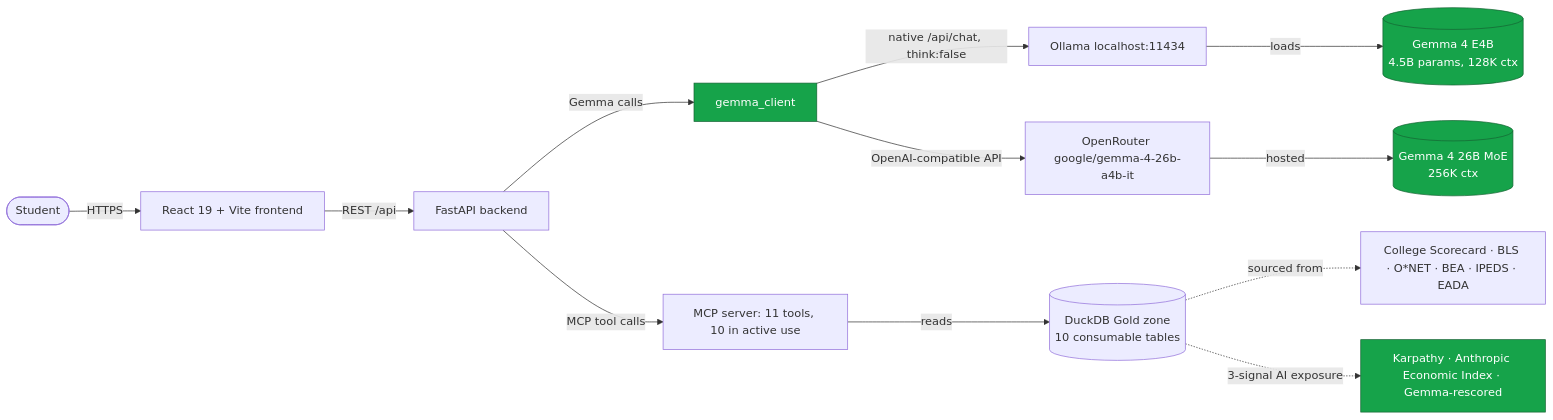
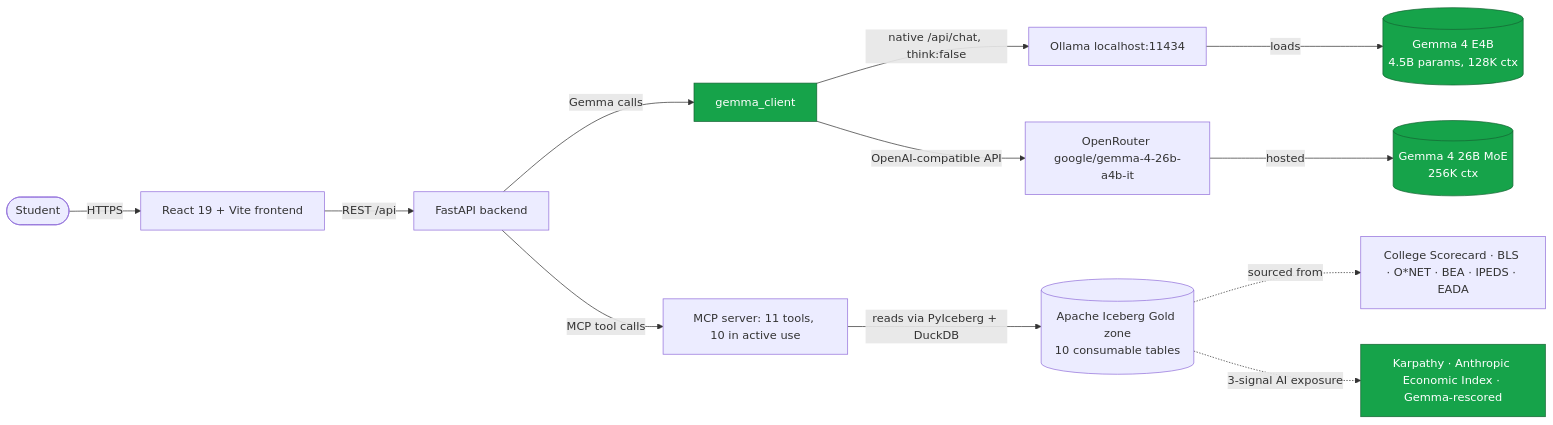
One commit to jcernauske/futureproof-data changed the second of 2 diagrams in README.md. Above: the diagram before and after it, drawn with Mermaid. The commit also changed other lines of this file, not shown here.

First line of the commit message:
docs(readme): clarify Apache Iceberg + PyIceberg data layer

````diff
--- a/README.md
+++ b/README.md
@@ -82,17 +82,17 @@
 ```mermaid
 flowchart LR
   U([Student]) -->|HTTPS| FE[React 19 + Vite frontend]
   FE -->|REST /api| BE[FastAPI backend]
   BE -->|Gemma calls| GC[gemma_client]
   GC -->|native /api/chat, think:false| OL[Ollama localhost:11434]
   GC -->|OpenAI-compatible API| OR[OpenRouter google/gemma-4-26b-a4b-it]
   OL -->|loads| G4E[(Gemma 4 E4B<br/>4.5B params, 128K ctx)]
   OR -->|hosted| G4H[(Gemma 4 26B MoE<br/>256K ctx)]
   BE -->|MCP tool calls| MCP[MCP server: 11 tools, 10 in active use]
-  MCP -->|reads| GOLD[(DuckDB Gold zone<br/>10 consumable tables)]
+  MCP -->|reads via PyIceberg + DuckDB| GOLD[(Apache Iceberg Gold zone<br/>10 consumable tables)]
   GOLD -.->|sourced from| SRC[College Scorecard · BLS · O*NET · BEA · IPEDS · EADA]
   GOLD -.->|3-signal AI exposure| AIEX[Karpathy · Anthropic Economic Index · Gemma-rescored]
 
   classDef gemma fill:#16a34a,stroke:#166534,color:#ffffff
   class GC,G4E,G4H,AIEX gemma
 ```
````
